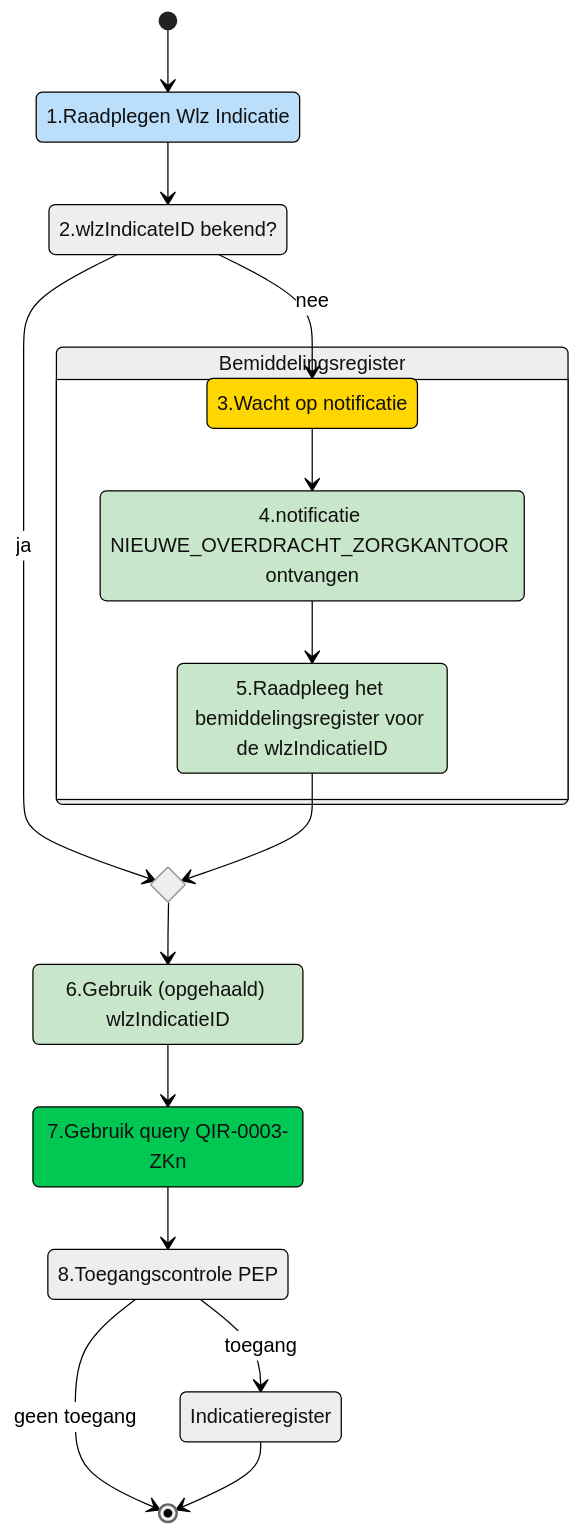
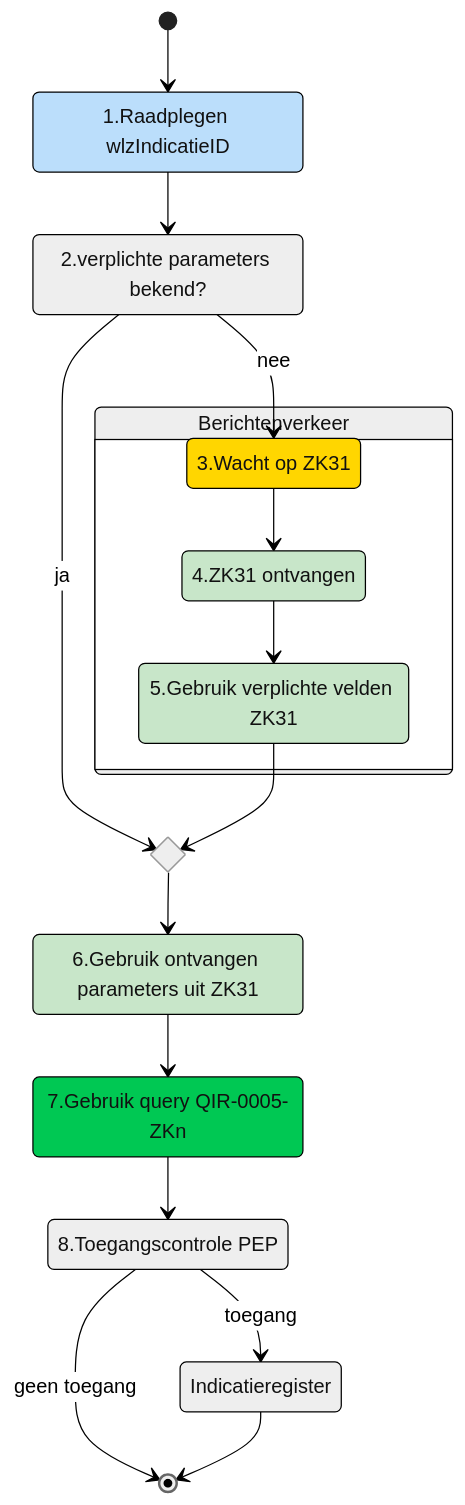
Before and after one commit to iStandaarden/iWlz-indicatie: the second of 2 diagrams in raadplegen/zorgkantoor/UCIR-0005-raadplegen.md, drawn with Mermaid. The commit also changed other lines of this file, not shown here.

Commit message:
raadplegen

````diff
--- a/raadplegen/zorgkantoor/UCIR-0005-raadplegen.md
+++ b/raadplegen/zorgkantoor/UCIR-0005-raadplegen.md
@@ -56,42 +54,42 @@
 ```mermaid
 ---
 config:
   theme: neutral
   look: classic
 ---
 stateDiagram
     [*] --> raadplegen
     state idAvailable <<choice>>
     
     raadplegen --> idAvailable
     idAvailable --> notifyWait: nee
     state register {
     notifyWait --> notifyReceive
     notifyReceive --> haalData
     }
     state chooseQuery <<choice>>
     idAvailable --> chooseQuery: ja
     haalData --> chooseQuery
     chooseQuery --> inputQuery
     inputQuery --> Query
     Query --> PEP 
     PEP --> [*]: geen toegang
     PEP --> resource: toegang
     resource --> [*]
 
-    raadplegen: 1.Raadplegen Wlz Indicatie
-    register: Bemiddelingsregister
-    idAvailable: 2.wlzIndicateID bekend?
-    notifyWait: 3.Wacht op notificatie
-    notifyReceive: 4.notificatie NIEUWE_OVERDRACHT_ZORGKANTOOR ontvangen
-    haalData: 5.Raadpleeg het bemiddelingsregister voor de wlzIndicatieID
-    inputQuery: 6.Gebruik (opgehaald) wlzIndicatieID 
-    Query: 7.Gebruik query QIR-0003-ZKn
+    raadplegen: 1.Raadplegen wlzIndicatieID
+    register: Berichtenverkeer
+    idAvailable: 2.verplichte parameters bekend?
+    notifyWait: 3.Wacht op ZK31
+    notifyReceive: 4.ZK31 ontvangen
+    haalData: 5.Gebruik verplichte velden ZK31
+    inputQuery: 6.Gebruik ontvangen parameters uit ZK31 
+    Query: 7.Gebruik query QIR-0005-ZKn
     PEP: 8.Toegangscontrole PEP
     resource: Indicatieregister
 
   style notifyWait fill:#FFD600
   style raadplegen fill:#BBDEFB,color:none
   style notifyReceive,haalData,inputQuery fill:#C8E6C9
   style Query fill:#00C853
 ```
````
